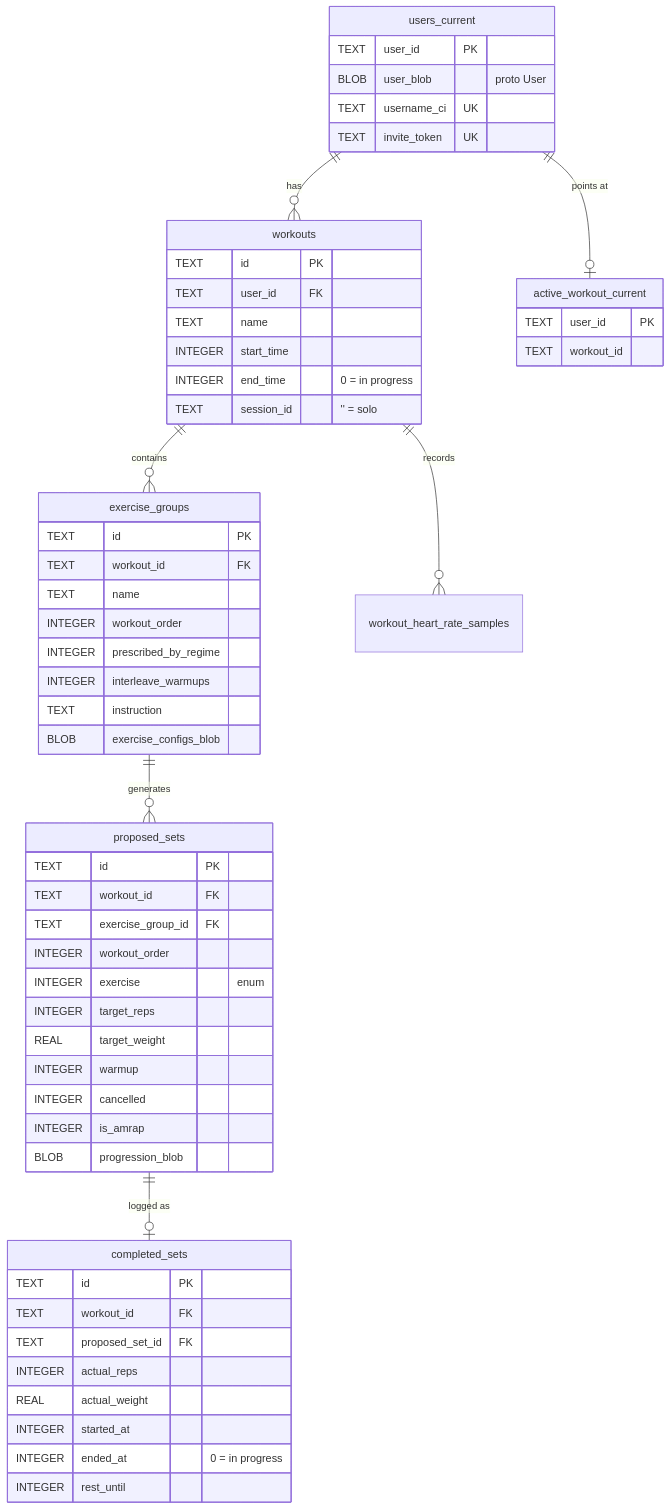
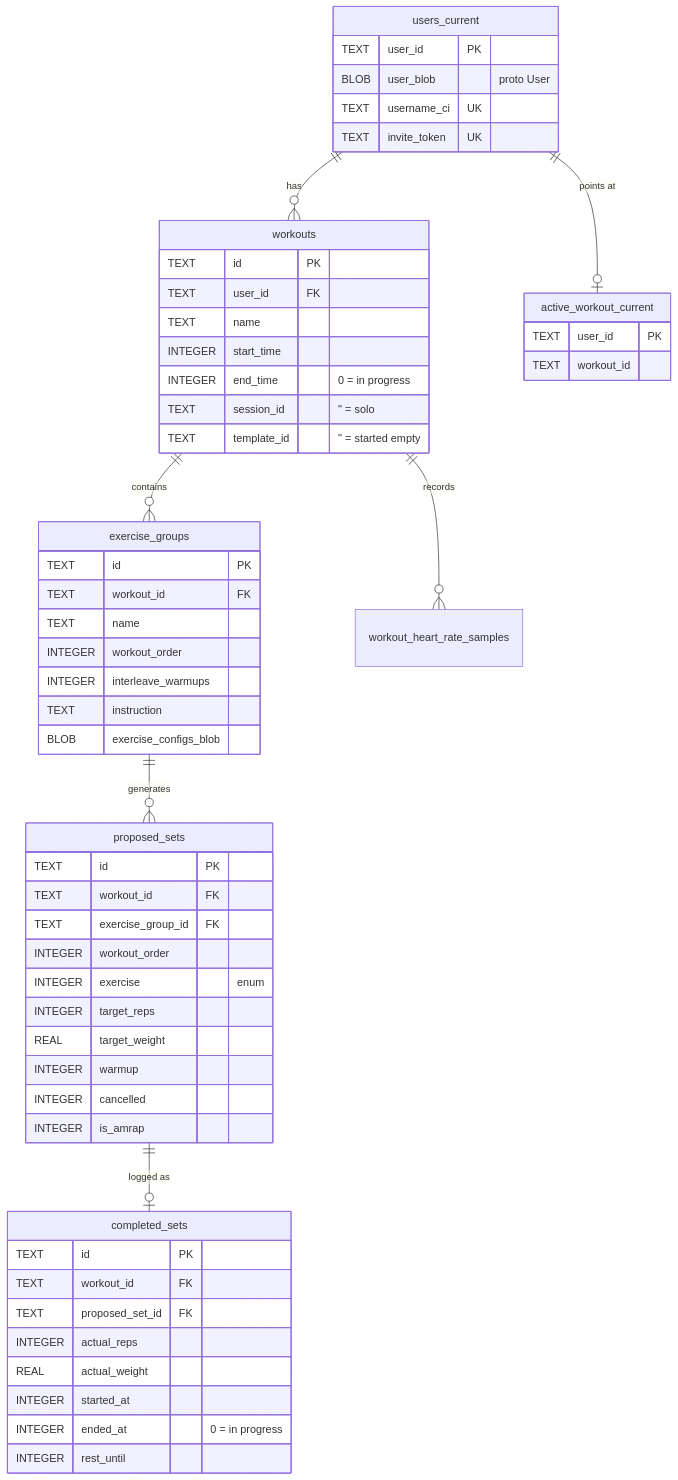
The first of 4 diagrams in docs/architecture/data-model.md (brensch/lift), drawn with Mermaid before and after one commit. The commit also changed other lines of this file and 12 other files, not shown here.

First line of the commit message:
docs: architecture reference follows the cutover

````diff
--- a/docs/architecture/data-model.md
+++ b/docs/architecture/data-model.md
@@ -22,61 +20,60 @@
 ```mermaid
 erDiagram
     users_current ||--o{ workouts : "has"
     workouts ||--o{ exercise_groups : "contains"
     exercise_groups ||--o{ proposed_sets : "generates"
     proposed_sets ||--o| completed_sets : "logged as"
     workouts ||--o{ workout_heart_rate_samples : "records"
     users_current ||--o| active_workout_current : "points at"
 
     users_current {
         TEXT user_id PK
         BLOB user_blob "proto User"
         TEXT username_ci UK
         TEXT invite_token UK
     }
     workouts {
         TEXT id PK
         TEXT user_id FK
         TEXT name
         INTEGER start_time
         INTEGER end_time "0 = in progress"
         TEXT session_id "'' = solo"
+        TEXT template_id "'' = started empty"
     }
     exercise_groups {
         TEXT id PK
         TEXT workout_id FK
         TEXT name
         INTEGER workout_order
-        INTEGER prescribed_by_regime
         INTEGER interleave_warmups
         TEXT instruction
         BLOB exercise_configs_blob
     }
     proposed_sets {
         TEXT id PK
         TEXT workout_id FK
         TEXT exercise_group_id FK
         INTEGER workout_order
         INTEGER exercise "enum"
         INTEGER target_reps
         REAL target_weight
         INTEGER warmup
         INTEGER cancelled
         INTEGER is_amrap
-        BLOB progression_blob
     }
     completed_sets {
         TEXT id PK
         TEXT workout_id FK
         TEXT proposed_set_id FK
         INTEGER actual_reps
         REAL actual_weight
         INTEGER started_at
         INTEGER ended_at "0 = in progress"
         INTEGER rest_until
     }
     active_workout_current {
         TEXT user_id PK
         TEXT workout_id
     }
 ```
````
